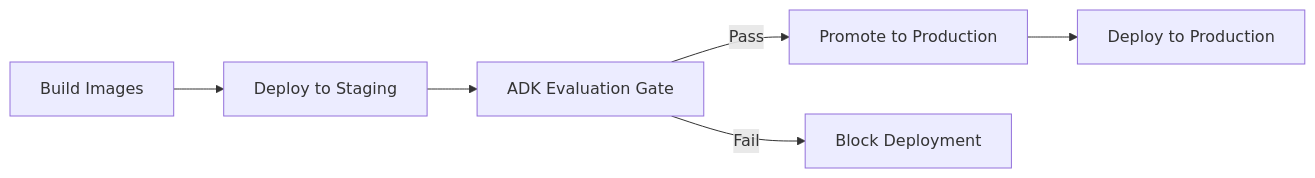
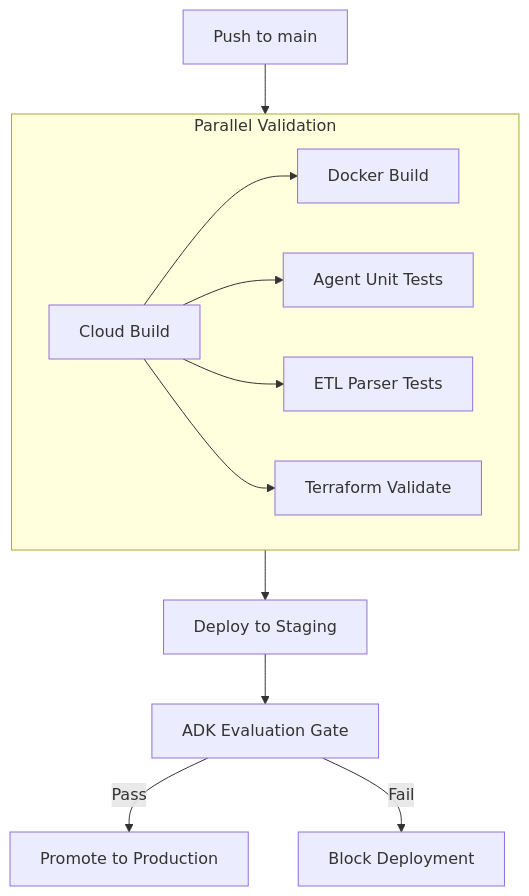
The second of 2 diagrams in README.md (rezkabiri/jit-two-stage-retrieval), drawn with Mermaid before and after one commit. The commit also changed other lines of this file and 1 other file, not shown here.

````diff
--- a/README.md
+++ b/README.md
@@ -37,8 +37,17 @@
 ```mermaid
-graph LR
-    Build[Build Images] --> DeployStaging[Deploy to Staging]
+graph TD
+    Push[Push to main] --> CB[Cloud Build]
+    
+    subgraph Parallel_Checks [Parallel Validation]
+        direction LR
+        CB --> Docker[Docker Build]
+        CB --> Unit[Agent Unit Tests]
+        CB --> ETL[ETL Parser Tests]
+        CB --> TF[Terraform Validate]
+    end
+    
+    Parallel_Checks --> DeployStaging[Deploy to Staging]
     DeployStaging --> EvalGate[ADK Evaluation Gate]
     EvalGate -- "Pass" --> Promote[Promote to Production]
     EvalGate -- "Fail" --> Block[Block Deployment]
-    Promote --> DeployProd[Deploy to Production]
 ```
````
